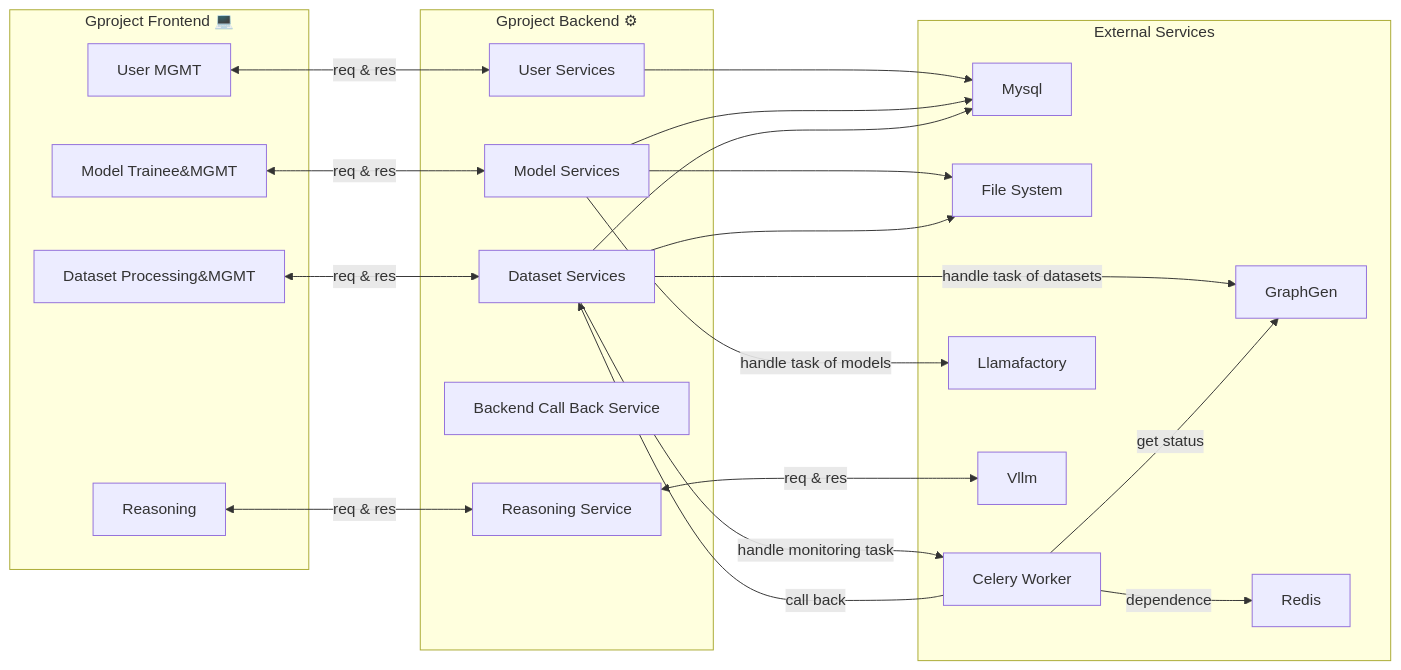
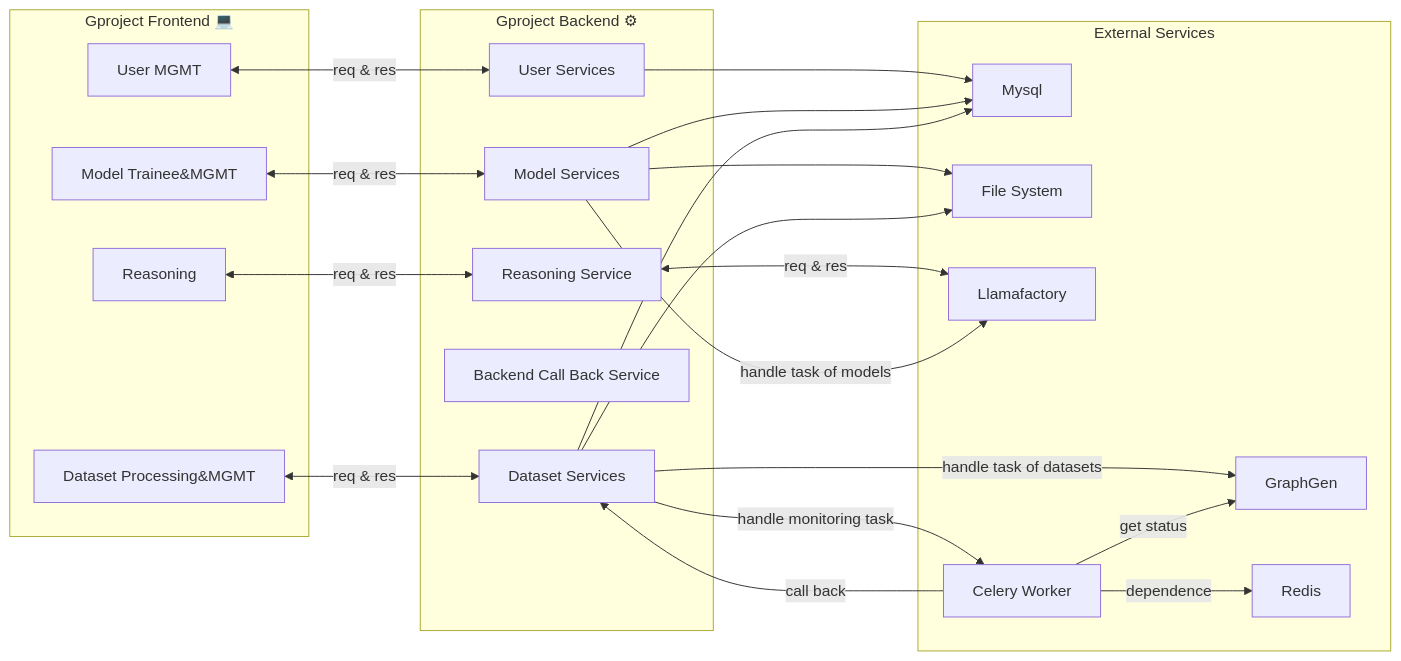
One commit to YuitoAoi/Gproject changed the diagram in README.md. Above: the diagram before and after it, drawn with Mermaid. The commit also changed 9 other files, not shown here.

````diff
--- a/README.md
+++ b/README.md
@@ -25,51 +25,48 @@
 ```mermaid
 graph LR
     subgraph frontend[Gproject Frontend 💻]
         user[User MGMT]
         dataset[Dataset Processing&MGMT]
         model[Model Trainee&MGMT]
         reasoning[Reasoning]
     end
     
     subgraph backend[Gproject Backend ⚙]
     
         user-services[User Services]
         dataset-services[Dataset Services]
         
         model-services[Model Services]
         inner-api[Backend Call Back Service]
         reasoning-service[Reasoning Service]
         
     end
 
     subgraph external-services[External Services]
         graphgen[GraphGen]
         redis[Redis]
-        
         mysql[Mysql]
         file-system[File System]
+        llamafactory[Llamafactory]
         celery-worker[Celery Worker]
-        llamafactory[Llamafactory]
-        
-        vllm[Vllm]
     end
 
     user-services --> mysql
     model-services --> mysql
     model-services --> file-system
     dataset-services --> mysql
     dataset-services --> file-system
 
     user <--req & res--> user-services
     dataset <--req & res--> dataset-services
     model <--req & res--> model-services
     reasoning <--req & res--> reasoning-service
-    reasoning-service <--req & res--> vllm
+    reasoning-service <--req & res--> llamafactory
     model-services --handle task of models --> llamafactory
     dataset-services --handle task of datasets --> graphgen
     dataset-services --handle monitoring task--> celery-worker
     celery-worker --get status--> graphgen
     celery-worker --call back--> dataset-services
     celery-worker --dependence--> redis
     
 ```
````
